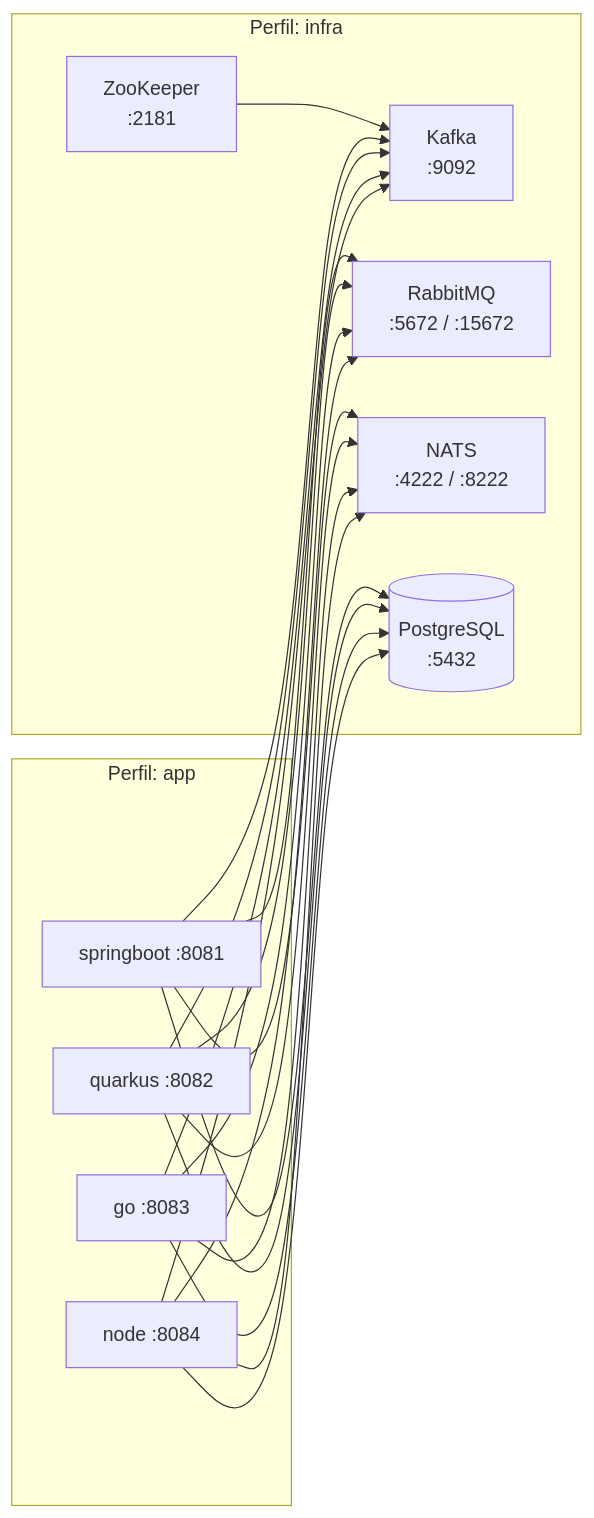
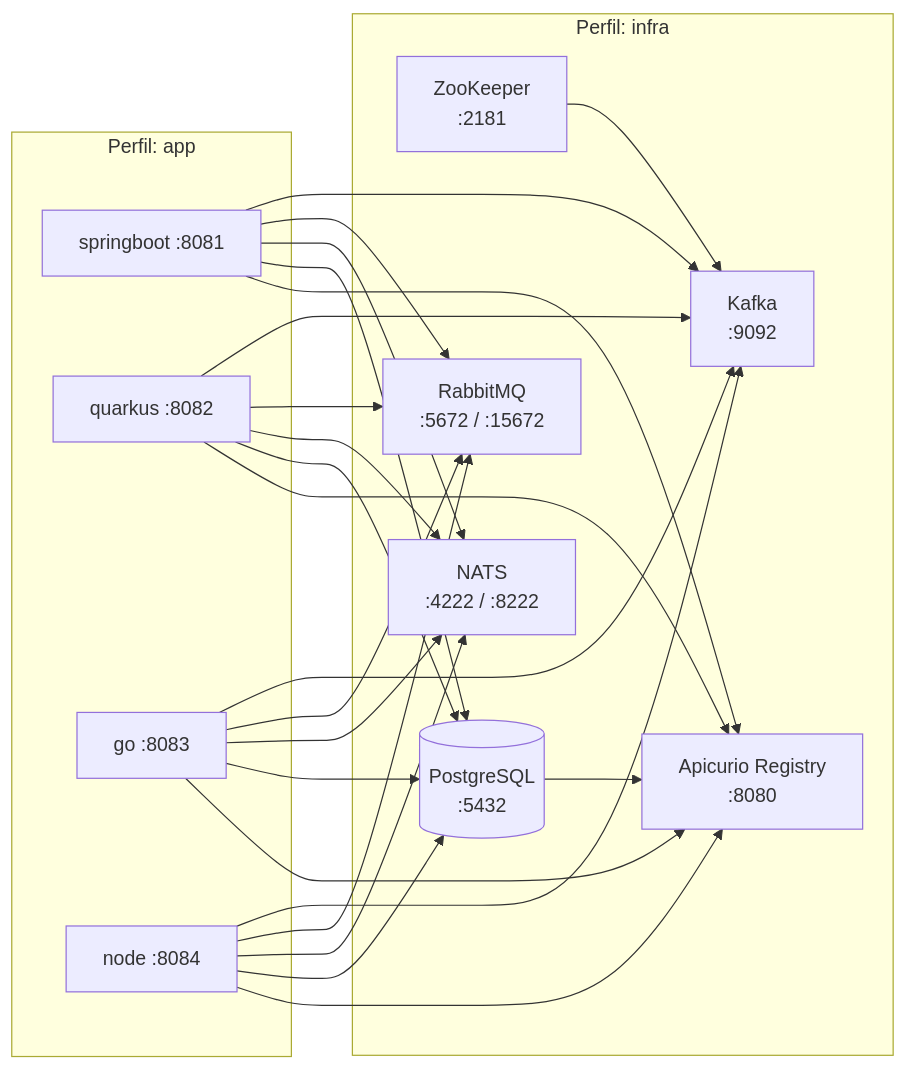
One commit to monghithub/serialplab changed the third of 4 diagrams in README.md. Above: the diagram before and after it, drawn with Mermaid. The commit also changed other lines of this file and 26 other files, not shown here.

First line of the commit message:
Añadir carpeta doc/ técnica y Apicurio Registry como componente

````diff
--- a/README.md
+++ b/README.md
@@ -63,20 +63,22 @@
 ```mermaid
 graph LR
     subgraph infra["Perfil: infra"]
         ZK["ZooKeeper<br/>:2181"]
         KFK["Kafka<br/>:9092"]
         RMQ["RabbitMQ<br/>:5672 / :15672"]
         NATS["NATS<br/>:4222 / :8222"]
         PG[("PostgreSQL<br/>:5432")]
+        AR["Apicurio Registry<br/>:8080"]
         ZK --> KFK
+        PG --> AR
     end
 
     subgraph app["Perfil: app"]
         SB["springboot :8081"]
         QK["quarkus :8082"]
         GO["go :8083"]
         ND["node :8084"]
     end
 
-    SB & QK & GO & ND --> KFK & RMQ & NATS & PG
+    SB & QK & GO & ND --> KFK & RMQ & NATS & PG & AR
 ```
````
